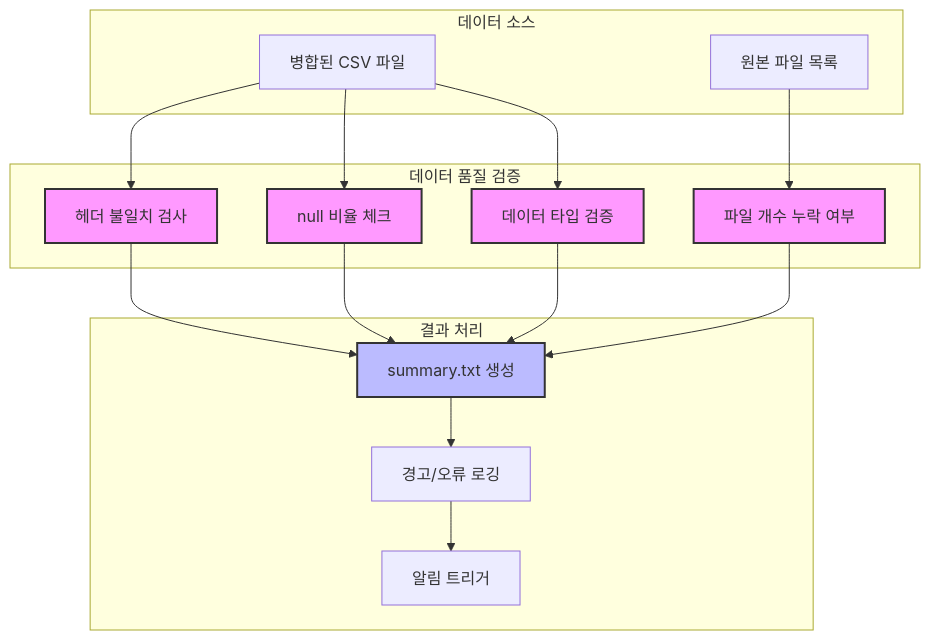
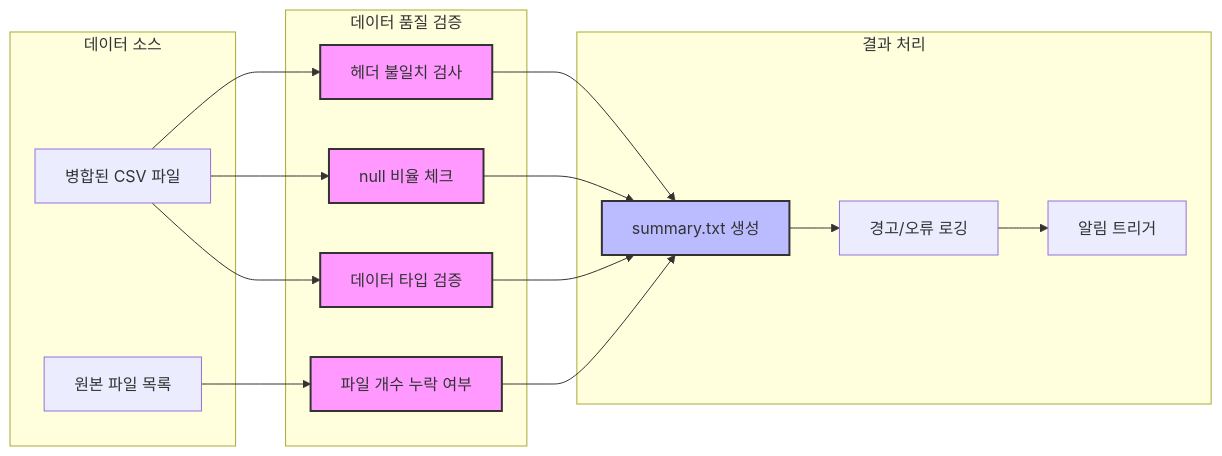
The ninth of 10 diagrams in _posts/2025-03-18-etl-pipeline.md (yeokyeong-yoon/yeokyeong-yoon.github.io), drawn with Mermaid before and after one commit. The commit also changed other lines of this file, not shown here.

Commit message:
refactor: Change Mermaid diagrams from TD to LR direction for better space utilization

````diff
--- a/_posts/2025-03-18-etl-pipeline.md
+++ b/_posts/2025-03-18-etl-pipeline.md
@@ -464,39 +451,38 @@
 ```mermaid
-graph TD
+graph LR
     subgraph "데이터 소스"
         S1[병합된 CSV 파일]
         S2[원본 파일 목록]
     end
     
     subgraph "데이터 품질 검증"
         V1[헤더 불일치 검사]
         V2[null 비율 체크]
         V3[파일 개수 누락 여부]
         V4[데이터 타입 검증]
     end
     
     subgraph "결과 처리"
         R1[summary.txt 생성]
         R2[경고/오류 로깅]
         R3[알림 트리거]
     end
     
     S1 --> V1
     S1 --> V2
     S1 --> V4
     S2 --> V3
     
     V1 --> R1
     V2 --> R1
     V3 --> R1
     V4 --> R1
     
-    R1 --> R2
-    R2 --> R3
+    R1 --> R2 --> R3
     
     style V1 fill:#f9f,stroke:#333,stroke-width:2px
     style V2 fill:#f9f,stroke:#333,stroke-width:2px
     style V3 fill:#f9f,stroke:#333,stroke-width:2px
     style V4 fill:#f9f,stroke:#333,stroke-width:2px
     style R1 fill:#bbf,stroke:#333,stroke-width:2px
 ```
````
